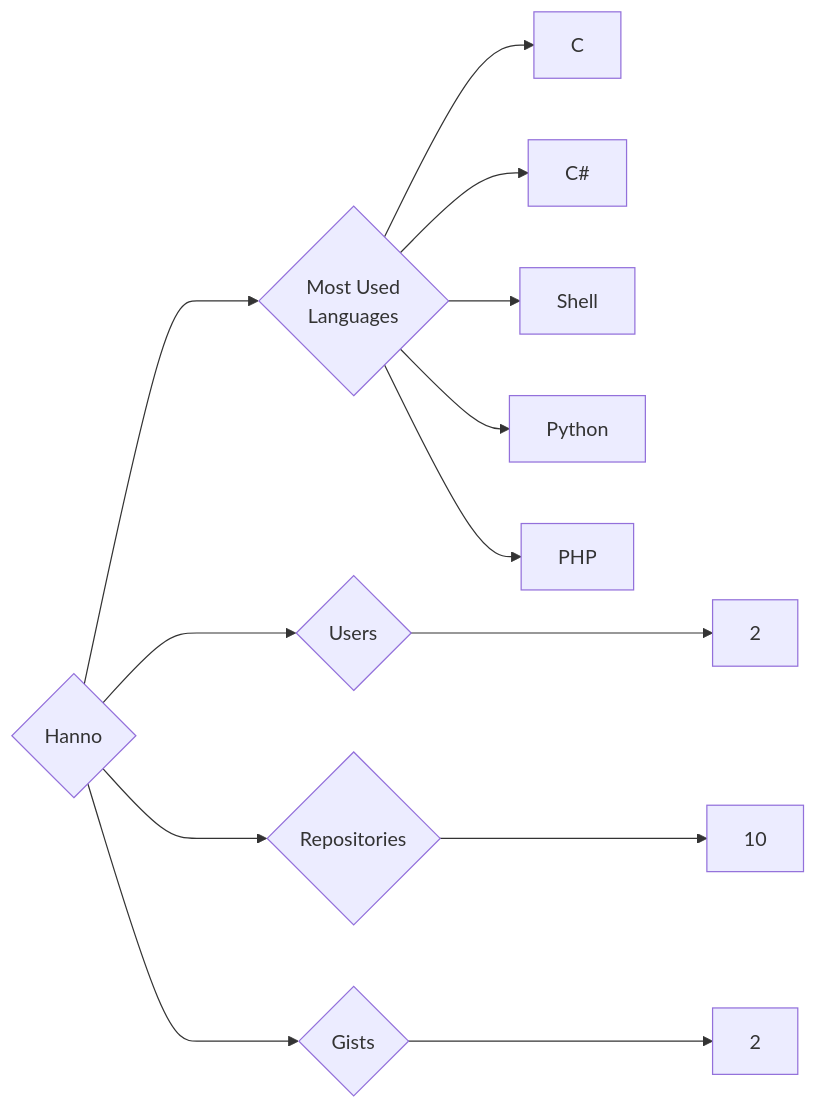
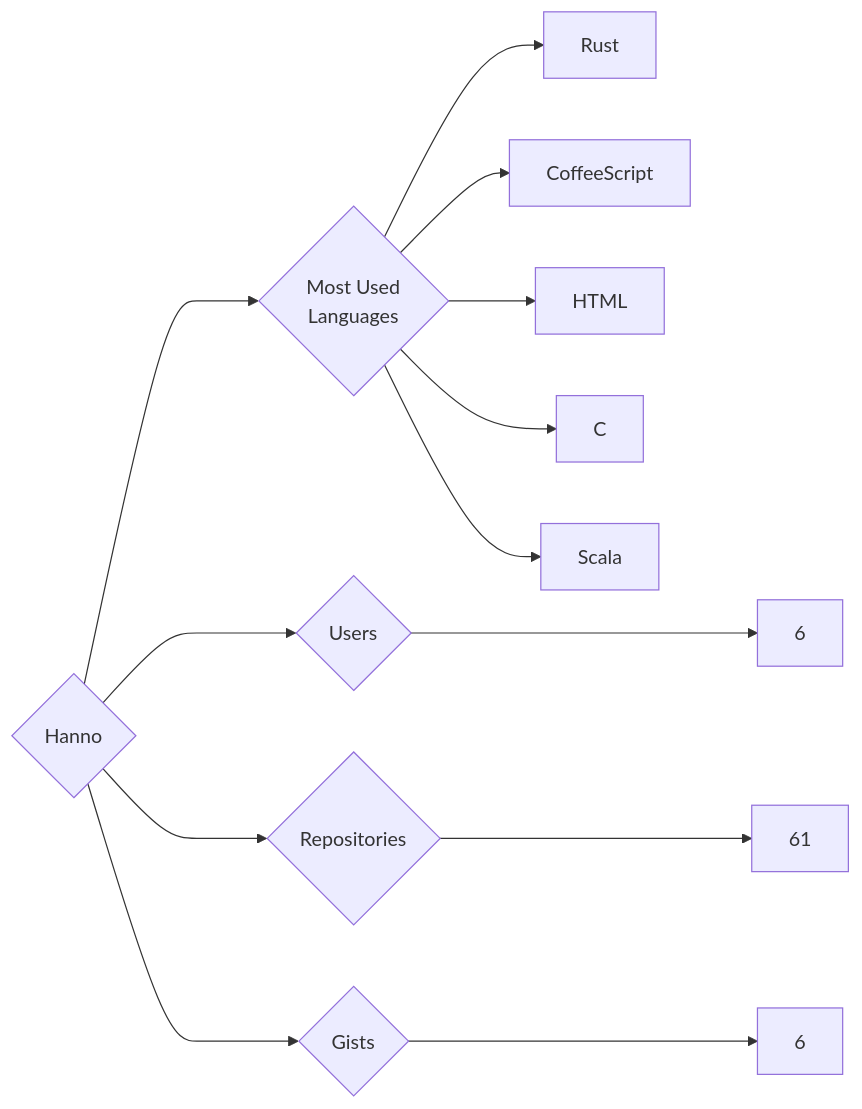
The diagram in targets/Hanno/README.md (trickest/insiders), drawn with Mermaid before and after one commit. The commit also changed 934 other files, not shown here.

````diff
--- a/targets/Hanno/README.md
+++ b/targets/Hanno/README.md
@@ -3,13 +3,13 @@
 ```mermaid
 graph LR
 COMPANY_NAME{Hanno}
-COMPANY_NAME ---> U{Users} ---> UN[2]
-COMPANY_NAME ---> R{Repositories} ---> RN[10]
-COMPANY_NAME ---> G{Gists} ---> GN[2]
+COMPANY_NAME ---> U{Users} ---> UN[6]
+COMPANY_NAME ---> R{Repositories} ---> RN[61]
+COMPANY_NAME ---> G{Gists} ---> GN[6]
 COMPANY_NAME ---> ML{Most Used<br>Languages}
+ML --> Rust[Rust]
+ML --> CoffeeScript[CoffeeScript]
+ML --> HTML[HTML]
 ML --> C[C]
-ML --> C#[C#]
-ML --> Shell[Shell]
-ML --> Python[Python]
-ML --> PHP[PHP]
+ML --> Scala[Scala]
 ```
````
